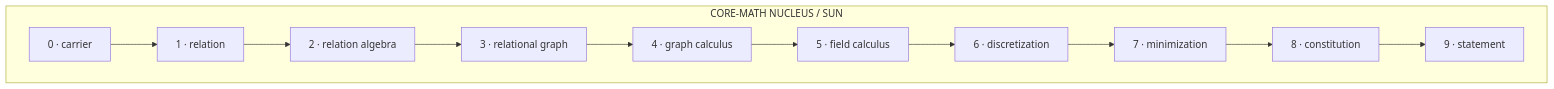
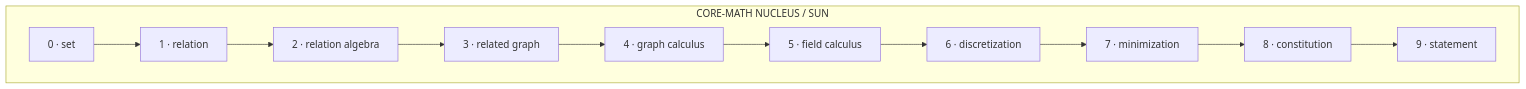
Before and after one commit to komahanb/unstructured-finite-volume: the first of 7 diagrams in FRACTAL-GRAPH-ARCHITECTURE.md, drawn with Mermaid. The commit also changed other lines of this file and 268 other files, not shown here.

````diff
--- a/FRACTAL-GRAPH-ARCHITECTURE.md
+++ b/FRACTAL-GRAPH-ARCHITECTURE.md
@@ -53,17 +53,17 @@
 ```mermaid
 flowchart TB
     subgraph SUN["CORE-MATH NUCLEUS / SUN"]
-        L0["0 · carrier"]
+        L0["0 · set"]
         L1["1 · relation"]
         L2["2 · relation algebra"]
-        L3["3 · relational graph"]
+        L3["3 · related graph"]
         L4["4 · graph calculus"]
         L5["5 · field calculus"]
         L6["6 · discretization"]
         L7["7 · minimization"]
         L8["8 · constitution"]
         L9["9 · statement"]
 
         L0 --> L1 --> L2 --> L3 --> L4 --> L5 --> L6 --> L7 --> L8 --> L9
     end
 ```
````
